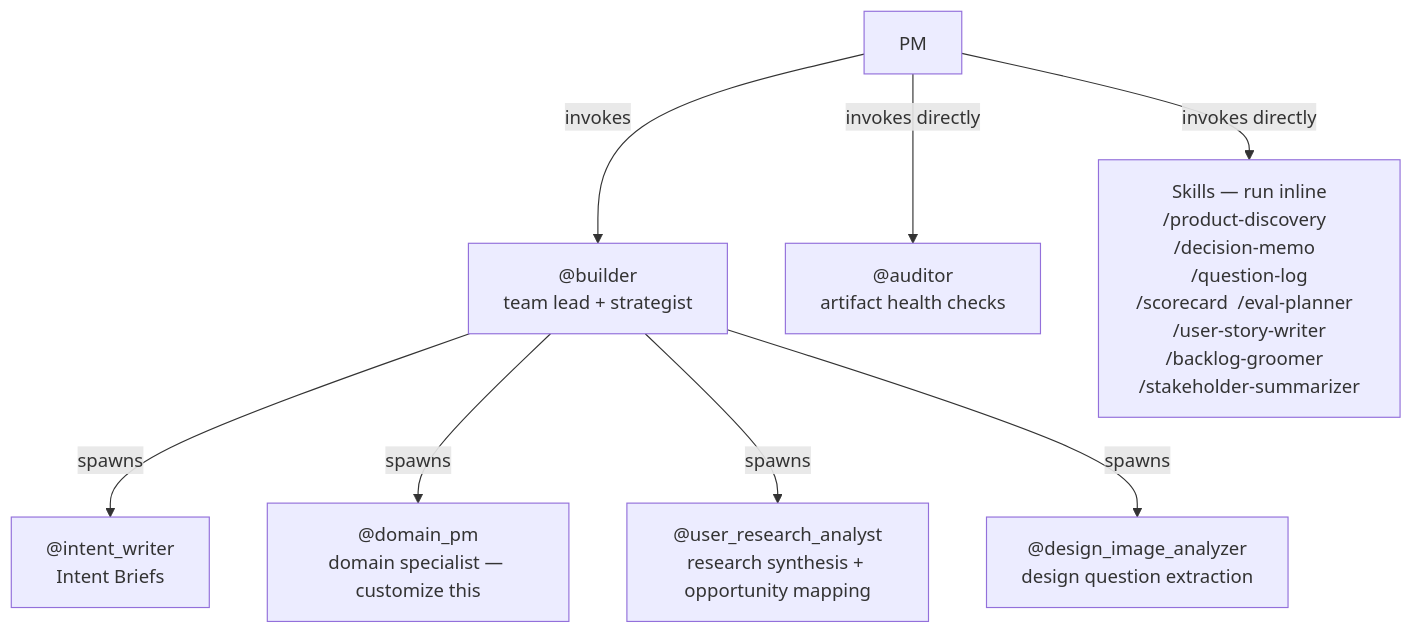
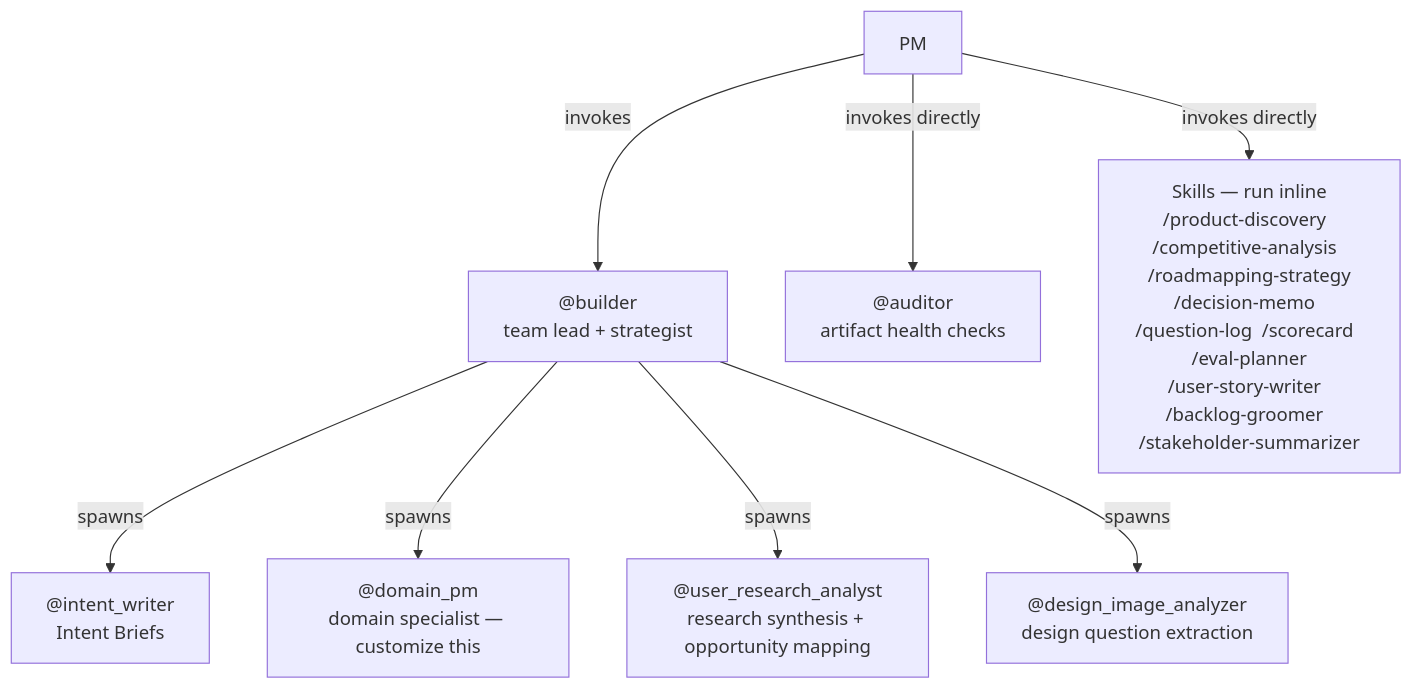
Before and after one commit to kvssptj/riff: the second of 2 diagrams in README.md, drawn with Mermaid. The commit also changed other lines of this file and 4 other files, not shown here.

First line of the commit message:
Add /competitive-analysis and /roadmapping-strategy skills

````diff
--- a/README.md
+++ b/README.md
@@ -160,19 +161,19 @@
 ```mermaid
 graph TD
     PM["PM"]
     B["@builder\nteam lead + strategist"]
     IW["@intent_writer\nIntent Briefs"]
     DP["@domain_pm\ndomain specialist — customize this"]
     URA["@user_research_analyst\nresearch synthesis + opportunity mapping"]
     DIA["@design_image_analyzer\ndesign question extraction"]
     AU["@auditor\nartifact health checks"]
-    SK["Skills — run inline\n/product-discovery  /decision-memo  /question-log\n/scorecard  /eval-planner  /user-story-writer\n/backlog-groomer  /stakeholder-summarizer"]
+    SK["Skills — run inline\n/product-discovery  /competitive-analysis  /roadmapping-strategy\n/decision-memo  /question-log  /scorecard  /eval-planner\n/user-story-writer  /backlog-groomer  /stakeholder-summarizer"]
 
     PM -->|invokes| B
     PM -->|invokes directly| AU
     PM -->|invokes directly| SK
     B -->|spawns| IW
     B -->|spawns| DP
     B -->|spawns| URA
     B -->|spawns| DIA
 ```
````
